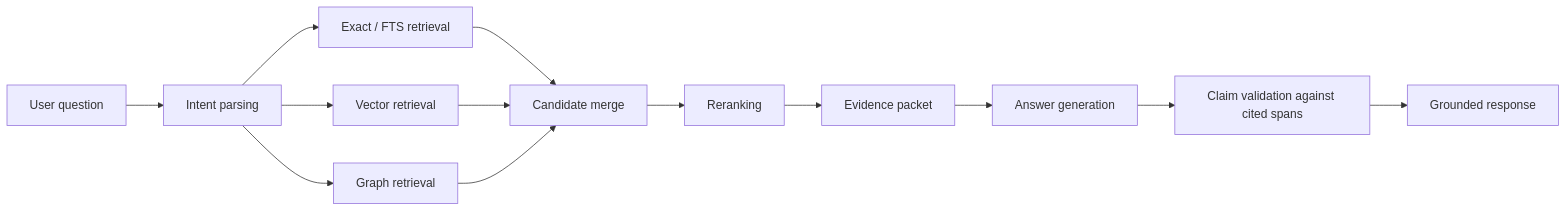
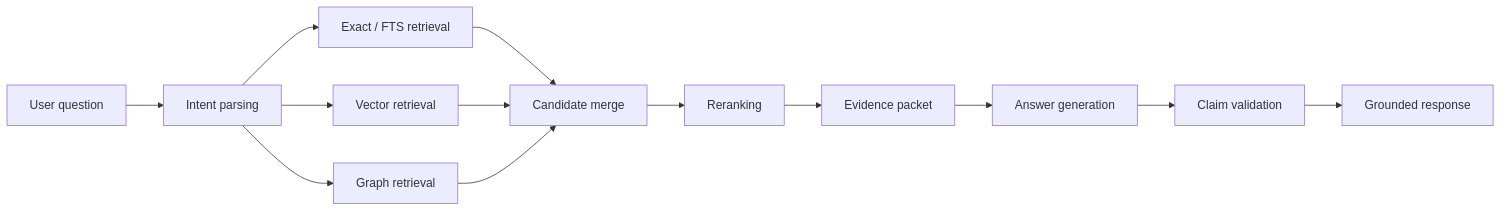
Before and after one commit to meabs/localsearch: the third of 3 diagrams in README.md, drawn with Mermaid. The commit also changed other lines of this file and 17 other files, not shown here.

````diff
--- a/README.md
+++ b/README.md
@@ -57,15 +115,15 @@
 ```mermaid
 flowchart LR
     A["User question"] --> B["Intent parsing"]
     B --> C["Exact / FTS retrieval"]
     B --> D["Vector retrieval"]
     B --> E["Graph retrieval"]
     C --> F["Candidate merge"]
     D --> F
     E --> F
     F --> G["Reranking"]
     G --> H["Evidence packet"]
     H --> I["Answer generation"]
-    I --> J["Claim validation against cited spans"]
+    I --> J["Claim validation"]
     J --> K["Grounded response"]
 ```
````
